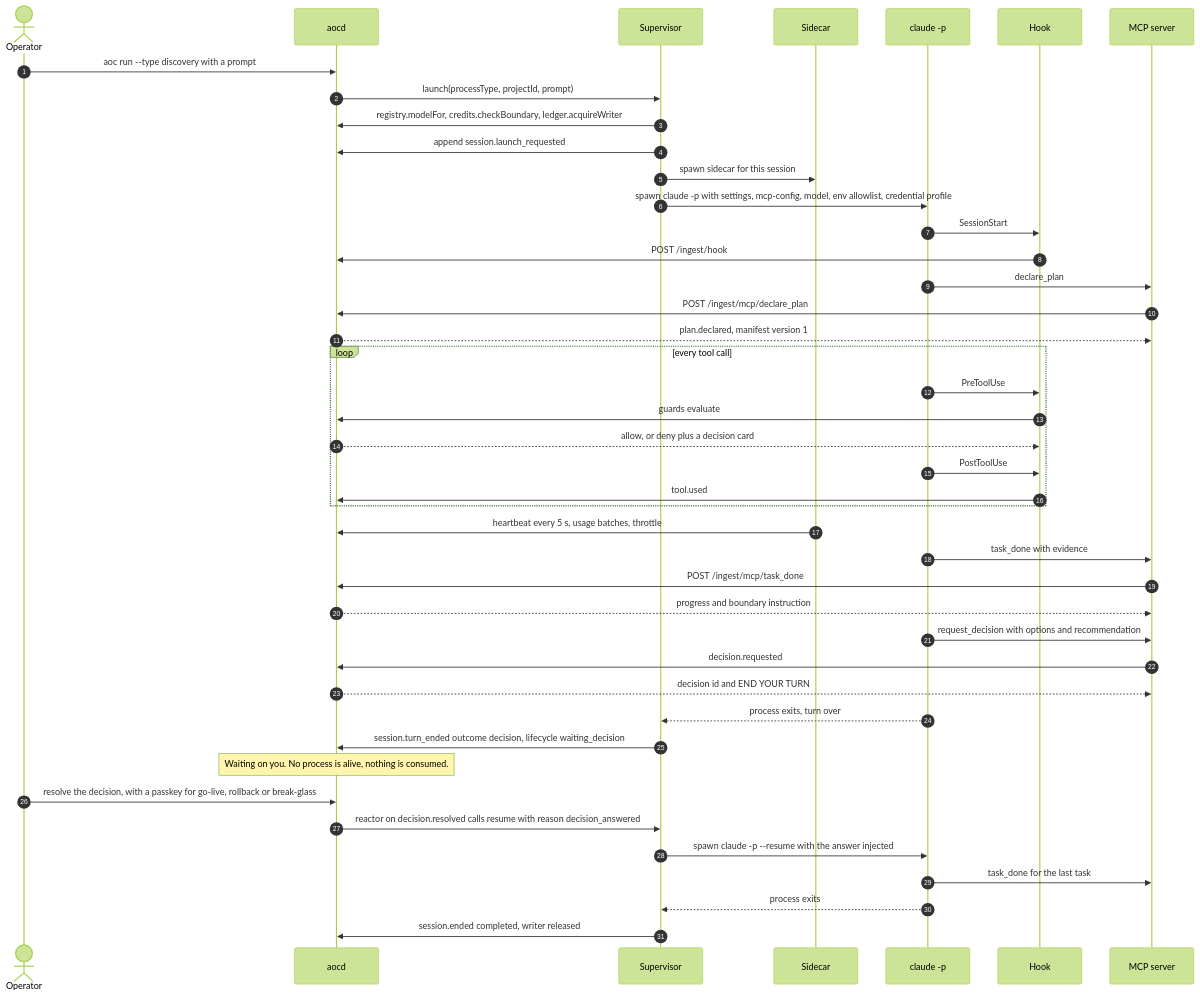
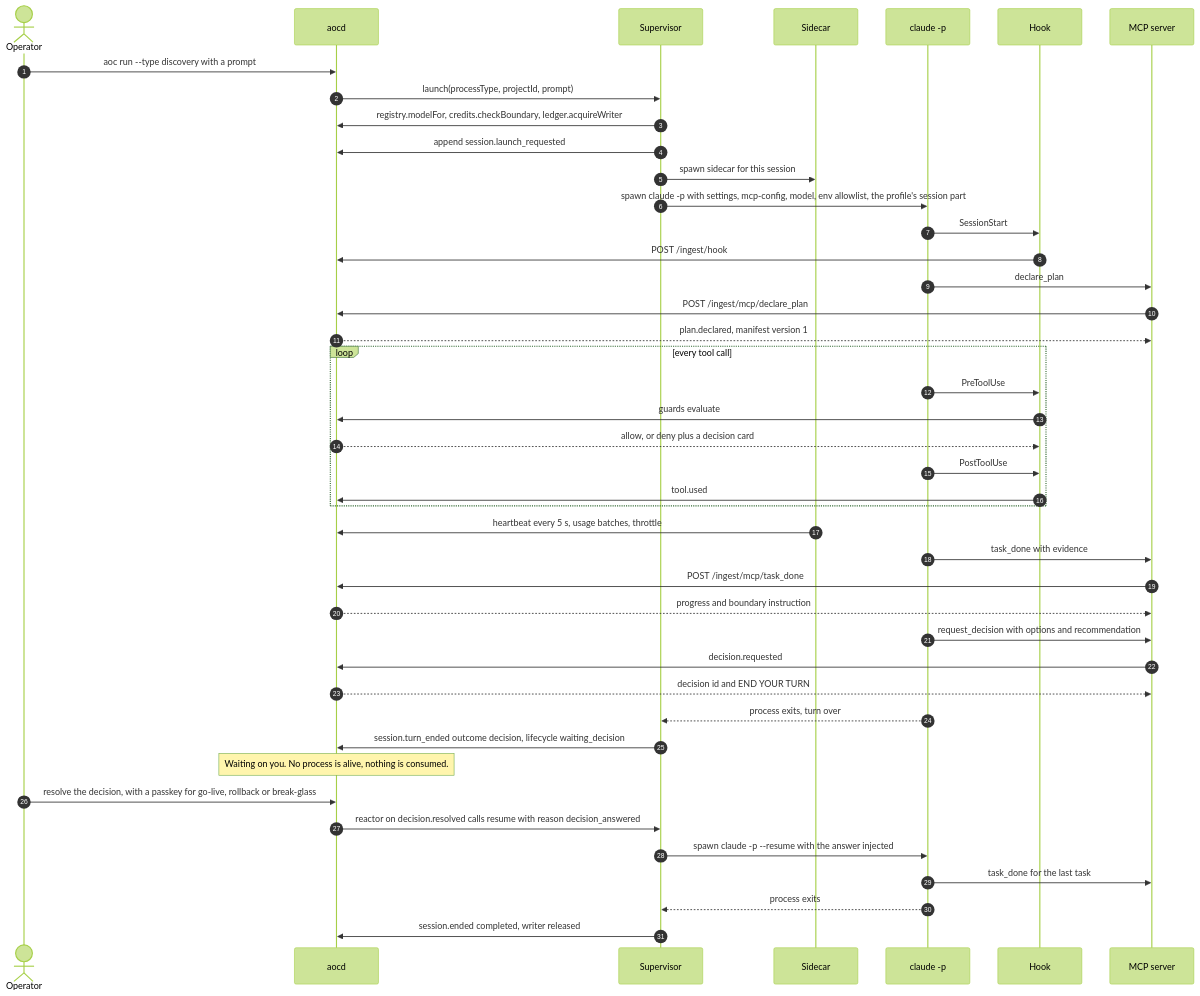
One commit to skchiew-bot/maia changed the second of 12 diagrams in docs/architecture.md. Above: the diagram before and after it, drawn with Mermaid (forest theme). The commit also changed other lines of this file, not shown here.

First line of the commit message:
architecture: re-baseline on e97e53e (isolation, push gateway, service clone, turn-end HEAD, backups, stop order, real-CLI findings)

````diff
--- a/docs/architecture.md
+++ b/docs/architecture.md
@@ -370,45 +400,45 @@
 ```mermaid
 sequenceDiagram
   autonumber
   actor Op as Operator
   participant D as aocd
   participant S as Supervisor
   participant SC as Sidecar
   participant C as claude -p
   participant H as Hook
   participant M as MCP server
   Op->>D: aoc run --type discovery with a prompt
   D->>S: launch(processType, projectId, prompt)
   S->>D: registry.modelFor, credits.checkBoundary, ledger.acquireWriter
   S->>D: append session.launch_requested
   S->>SC: spawn sidecar for this session
-  S->>C: spawn claude -p with settings, mcp-config, model, env allowlist, credential profile
+  S->>C: spawn claude -p with settings, mcp-config, model, env allowlist, the profile's session part
   C->>H: SessionStart
   H->>D: POST /ingest/hook
   C->>M: declare_plan
   M->>D: POST /ingest/mcp/declare_plan
   D-->>M: plan.declared, manifest version 1
   loop every tool call
     C->>H: PreToolUse
     H->>D: guards evaluate
     D-->>H: allow, or deny plus a decision card
     C->>H: PostToolUse
     H->>D: tool.used
   end
   SC->>D: heartbeat every 5 s, usage batches, throttle
   C->>M: task_done with evidence
   M->>D: POST /ingest/mcp/task_done
   D-->>M: progress and boundary instruction
   C->>M: request_decision with options and recommendation
   M->>D: decision.requested
   D-->>M: decision id and END YOUR TURN
   C-->>S: process exits, turn over
   S->>D: session.turn_ended outcome decision, lifecycle waiting_decision
   Note over D: Waiting on you. No process is alive, nothing is consumed.
   Op->>D: resolve the decision, with a passkey for go-live, rollback or break-glass
   D->>S: reactor on decision.resolved calls resume with reason decision_answered
   S->>C: spawn claude -p --resume with the answer injected
   C->>M: task_done for the last task
   C-->>S: process exits
   S->>D: session.ended completed, writer released
 ```
````
